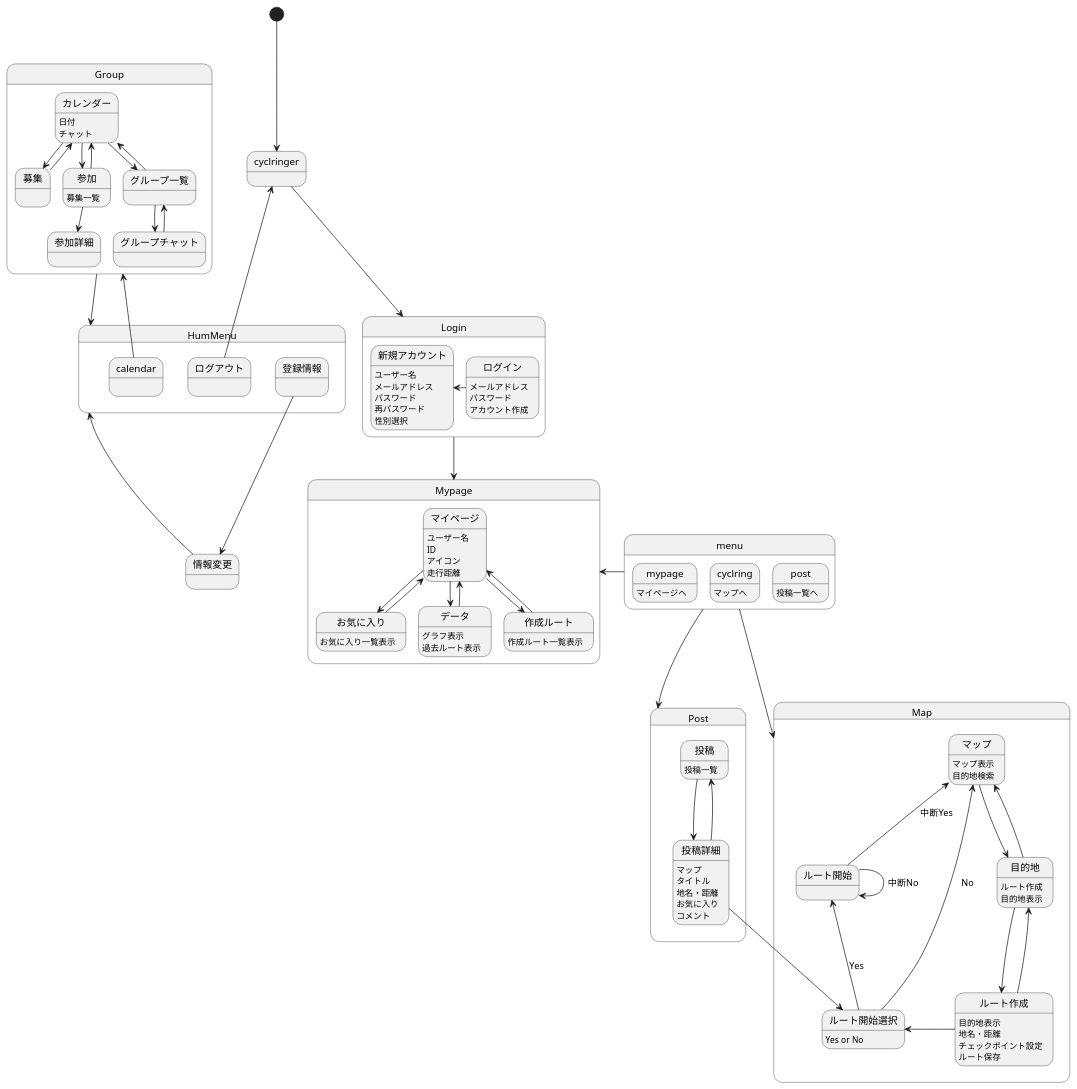
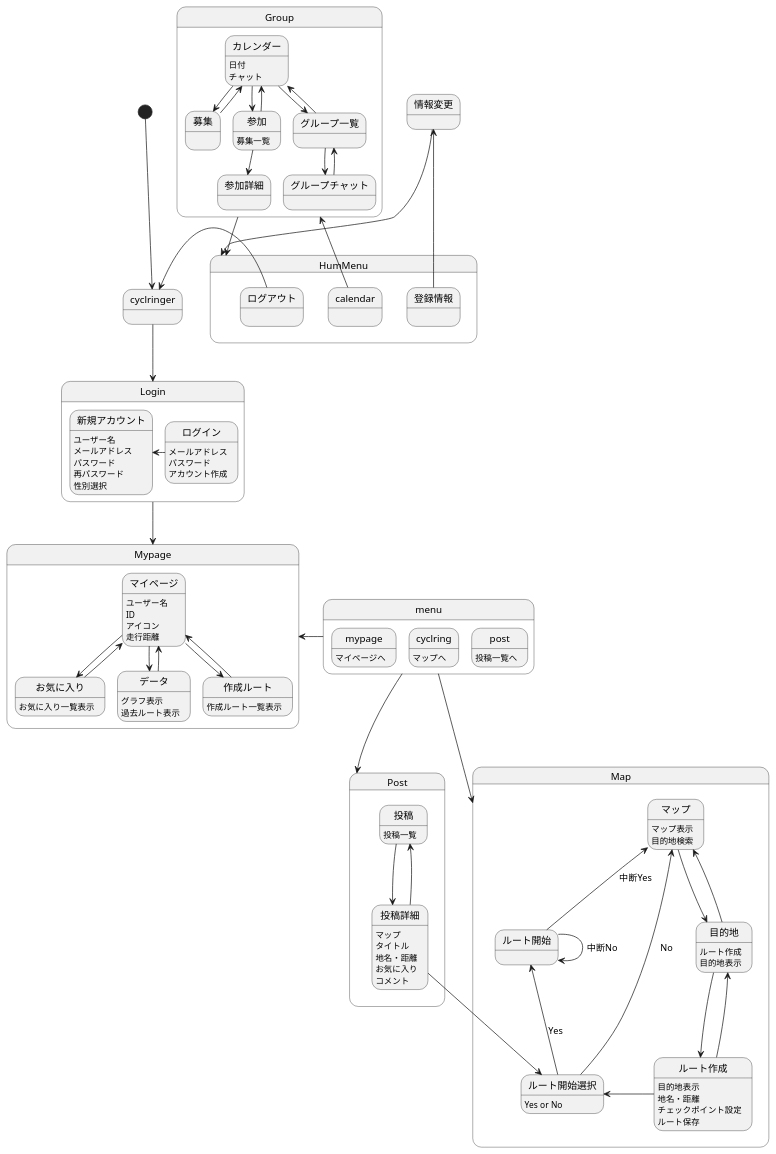
Before and after one commit to AsoSD3A3/CyclingSystem: the diagram in 画面遷移図/gm.md, drawn with PlantUML.

```diff
--- a/画面遷移図/gm.md
+++ b/画面遷移図/gm.md
@@ -21,7 +21,7 @@
 情報変更-->HumMenu
 calendar-up->Group
 Group-->HumMenu
-ログアウト-up->cyclringer
+ログアウト-left->cyclringer
 
 state Group{
 カレンダー:日付
```
